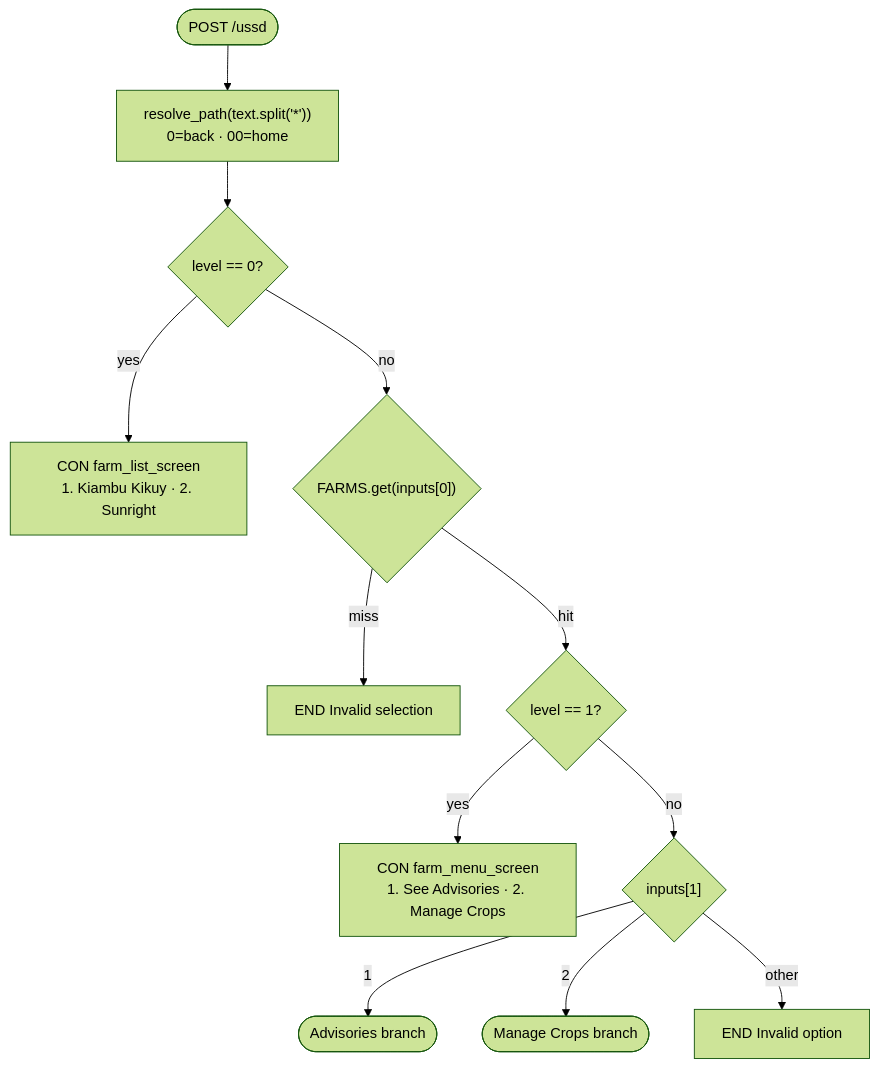
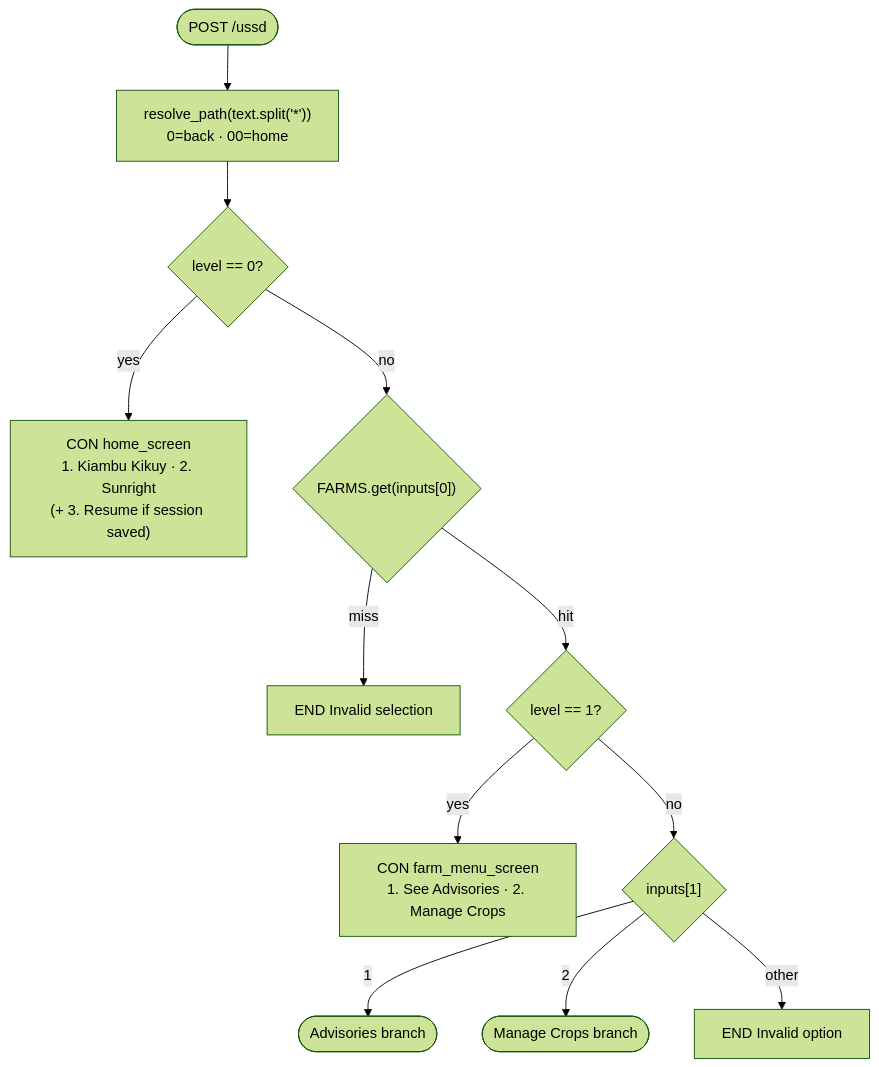
One commit to Felttrip/USSD-Farm-Management-POC changed the second of 4 diagrams in docs/ussd-flow.md. Above: the diagram before and after it, drawn with Mermaid (forest theme). The commit also changed other lines of this file and 1 other file, not shown here.

First line of the commit message:
Document session-resume layer in ussd-flow.md

````diff
--- a/docs/ussd-flow.md
+++ b/docs/ussd-flow.md
@@ -33,14 +85,14 @@
 ```mermaid
 flowchart TD
     start(["POST /ussd"]) --> resolve["resolve_path(text.split('*'))<br/>0=back · 00=home"]
     resolve --> L0{"level == 0?"}
-    L0 -->|yes| home["CON farm_list_screen<br/>1. Kiambu Kikuy · 2. Sunright"]
+    L0 -->|yes| home["CON home_screen<br/>1. Kiambu Kikuy · 2. Sunright<br/>(+ 3. Resume if session saved)"]
     L0 -->|no| farmlookup{"FARMS.get(inputs[0])"}
     farmlookup -->|miss| invalid["END Invalid selection"]
     farmlookup -->|hit| L1{"level == 1?"}
     L1 -->|yes| menu["CON farm_menu_screen<br/>1. See Advisories · 2. Manage Crops"]
     L1 -->|no| branch{"inputs[1]"}
     branch -->|"1"| adv(["Advisories branch"])
     branch -->|"2"| crops(["Manage Crops branch"])
     branch -->|other| fallthrough["END Invalid option"]
 ```
````
